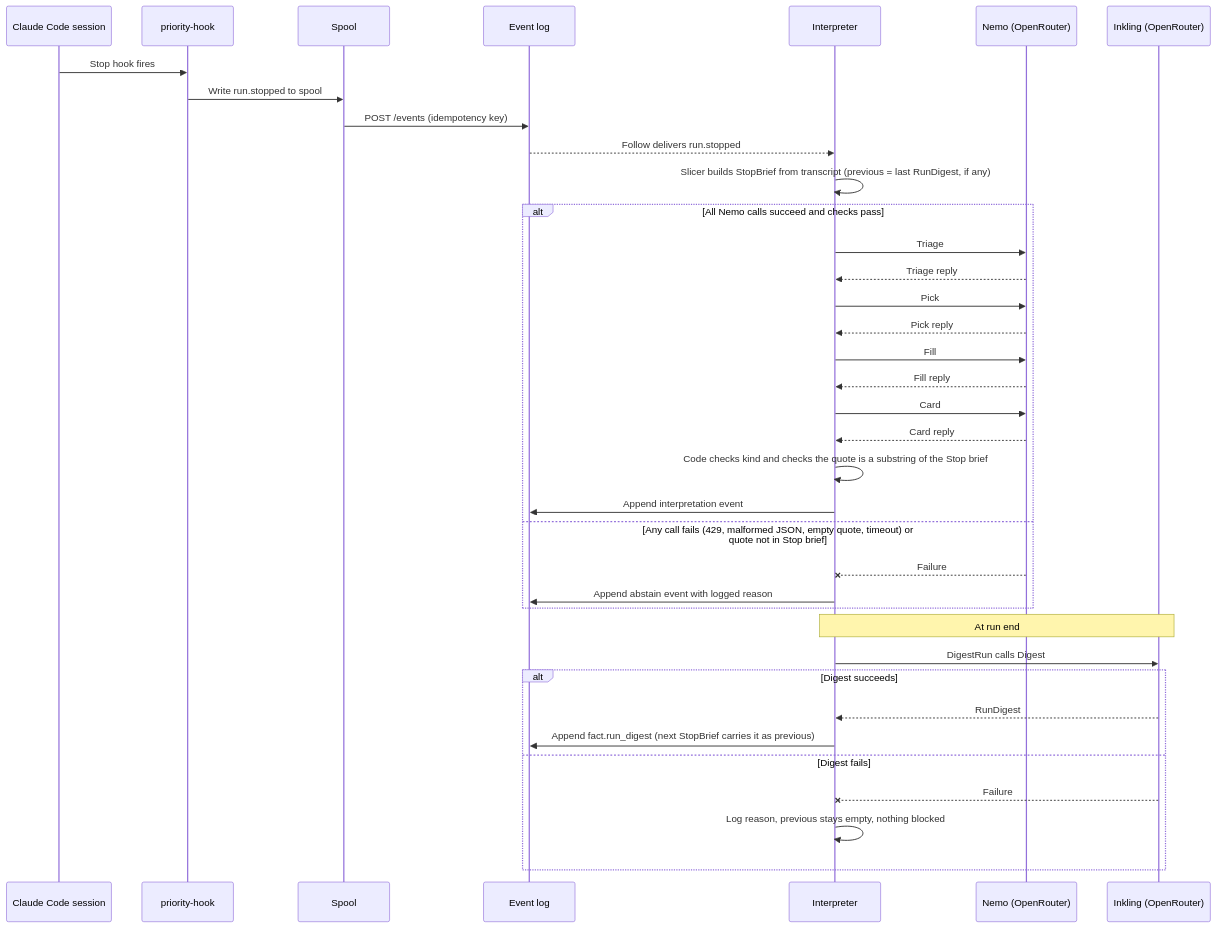
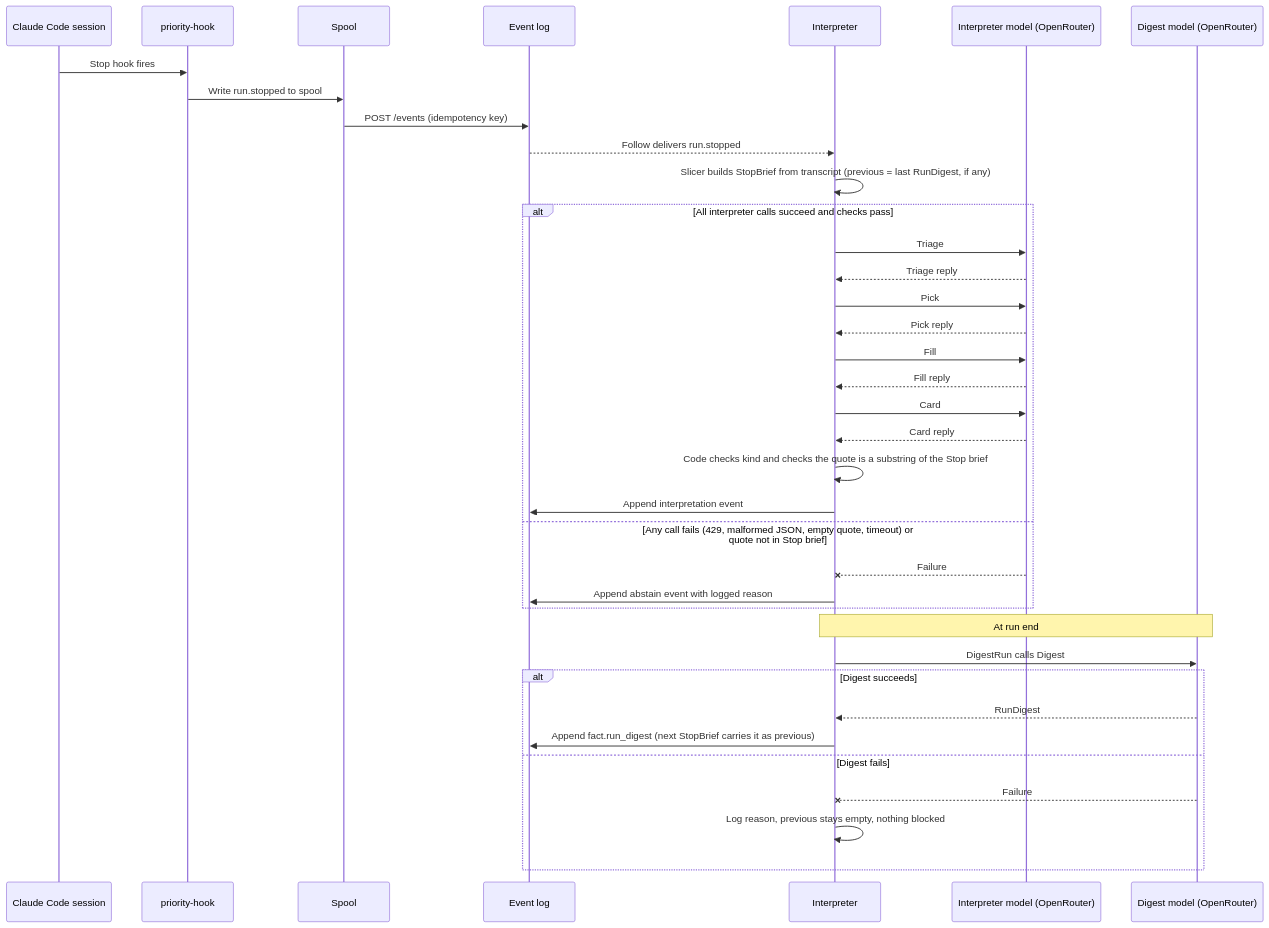
Before and after one commit to bjornslib/cobuilder-plugin: the diagram in docs/architecture/designs/priority-dev-spike/diagrams/level-2.mmd, drawn with Mermaid. The commit also changed 22 other files, not shown here.

Commit message:
Replace Nemo and Inkling with the interpreter and digest models across the design record, plan, rubrics, ADR amendment and sketches; approve Gate 4

```diff
--- a/docs/architecture/designs/priority-dev-spike/diagrams/level-2.mmd
+++ b/docs/architecture/designs/priority-dev-spike/diagrams/level-2.mmd
@@ -1,40 +1,40 @@
 sequenceDiagram
     participant S as Claude Code session
     participant H as priority-hook
     participant P as Spool
     participant L as Event log
     participant I as Interpreter
-    participant N as Nemo (OpenRouter)
-    participant K as Inkling (OpenRouter)
+    participant N as Interpreter model (OpenRouter)
+    participant K as Digest model (OpenRouter)
 
     S->>H: Stop hook fires
     H->>P: Write run.stopped to spool
     P->>L: POST /events (idempotency key)
     L-->>I: Follow delivers run.stopped
     I->>I: Slicer builds StopBrief from transcript (previous = last RunDigest, if any)
 
-    alt All Nemo calls succeed and checks pass
+    alt All interpreter calls succeed and checks pass
         I->>N: Triage
         N-->>I: Triage reply
         I->>N: Pick
         N-->>I: Pick reply
         I->>N: Fill
         N-->>I: Fill reply
         I->>N: Card
         N-->>I: Card reply
         I->>I: Code checks kind and checks the quote is a substring of the Stop brief
         I->>L: Append interpretation event
     else Any call fails (429, malformed JSON, empty quote, timeout) or quote not in Stop brief
         N--xI: Failure
         I->>L: Append abstain event with logged reason
     end
 
     Note over I,K: At run end
     I->>K: DigestRun calls Digest
     alt Digest succeeds
         K-->>I: RunDigest
         I->>L: Append fact.run_digest (next StopBrief carries it as previous)
     else Digest fails
         K--xI: Failure
         I->>I: Log reason, previous stays empty, nothing blocked
     end
```
